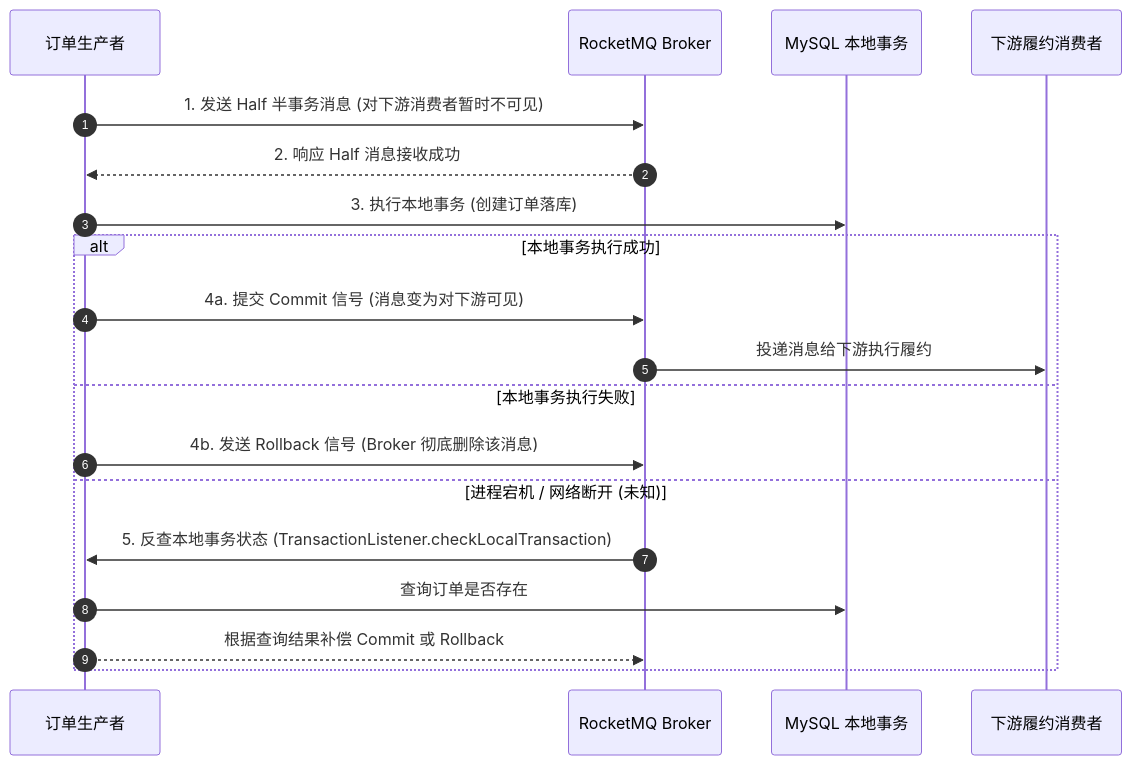
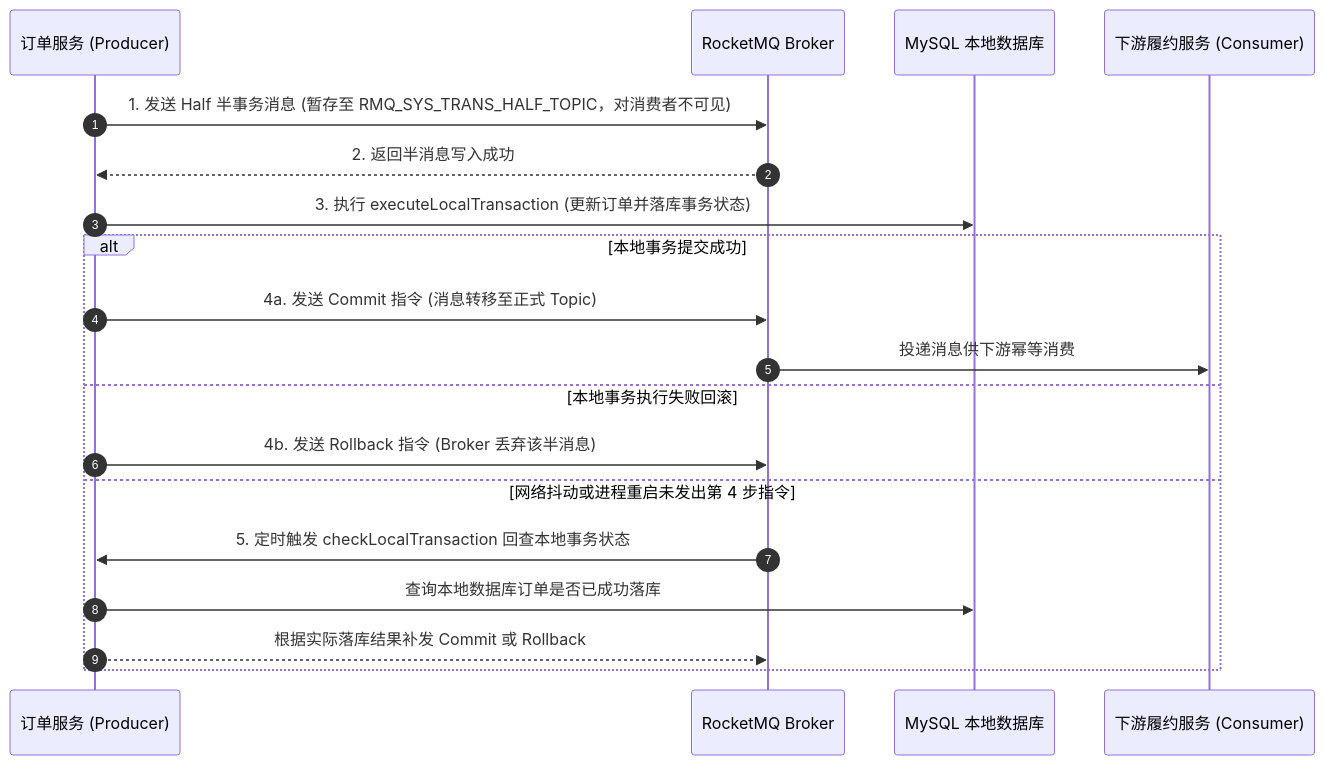
One commit to GuoWWWX/knowledge-base changed the third of 3 diagrams in 20-Java后端/10-知识串联与专题/04-从Spring事务到分布式一致性.md. Above: the diagram before and after it, drawn with Mermaid. The commit also changed other lines of this file and 251 other files, not shown here.

````diff
--- a/20-Java后端/10-知识串联与专题/04-从Spring事务到分布式一致性.md
+++ b/20-Java后端/10-知识串联与专题/04-从Spring事务到分布式一致性.md
@@ -118,23 +128,23 @@
 ```mermaid
 sequenceDiagram
     autonumber
-    participant Producer as 订单生产者
+    participant Producer as 订单服务 (Producer)
     participant Broker as RocketMQ Broker
-    participant LocalDB as MySQL 本地事务
-    participant Consumer as 下游履约消费者
+    participant LocalDB as MySQL 本地数据库
+    participant Consumer as 下游履约服务 (Consumer)
 
-    Producer->>Broker: 1. 发送 Half 半事务消息 (对下游消费者暂时不可见)
-    Broker-->>Producer: 2. 响应 Half 消息接收成功
-    Producer->>LocalDB: 3. 执行本地事务 (创建订单落库)
-    
-    alt 本地事务执行成功
-        Producer->>Broker: 4a. 提交 Commit 信号 (消息变为对下游可见)
-        Broker->>Consumer: 投递消息给下游执行履约
-    else 本地事务执行失败
-        Producer->>Broker: 4b. 发送 Rollback 信号 (Broker 彻底删除该消息)
-    else 进程宕机 / 网络断开 (未知)
-        Broker->>Producer: 5. 反查本地事务状态 (TransactionListener.checkLocalTransaction)
-        Producer->>LocalDB: 查询订单是否存在
-        Producer-->>Broker: 根据查询结果补偿 Commit 或 Rollback
+    Producer->>Broker: 1. 发送 Half 半事务消息 (暂存至 RMQ_SYS_TRANS_HALF_TOPIC，对消费者不可见)
+    Broker-->>Producer: 2. 返回半消息写入成功
+    Producer->>LocalDB: 3. 执行 executeLocalTransaction (更新订单并落库事务状态)
+
+    alt 本地事务提交成功
+        Producer->>Broker: 4a. 发送 Commit 指令 (消息转移至正式 Topic)
+        Broker->>Consumer: 投递消息供下游幂等消费
+    else 本地事务执行失败回滚
+        Producer->>Broker: 4b. 发送 Rollback 指令 (Broker 丢弃该半消息)
+    else 网络抖动或进程重启未发出第 4 步指令
+        Broker->>Producer: 5. 定时触发 checkLocalTransaction 回查本地事务状态
+        Producer->>LocalDB: 查询本地数据库订单是否已成功落库
+        Producer-->>Broker: 根据实际落库结果补发 Commit 或 Rollback
     end
 ```
````
